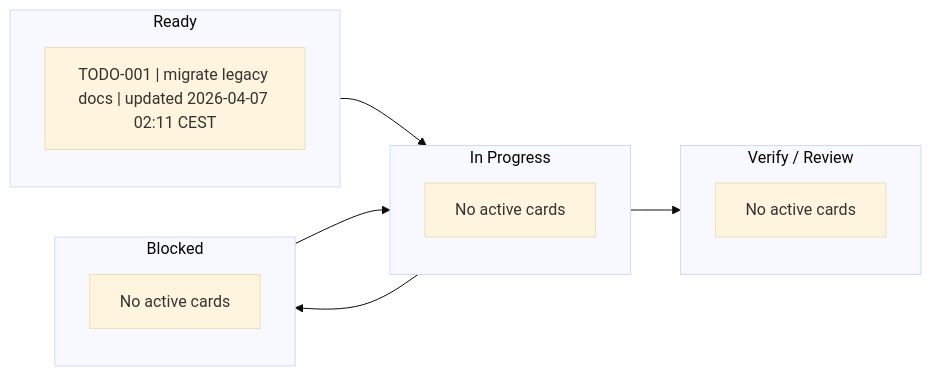
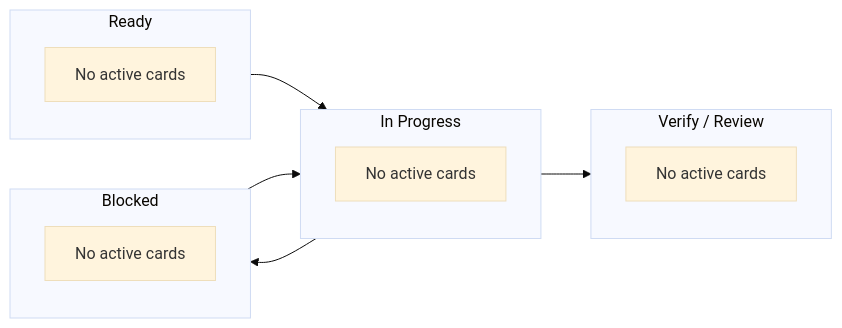
One commit to shomsy/avax changed the diagram in Foundation/Container/.agents/management/ACTIVE.md. Above: the diagram before and after it, drawn with Mermaid (base theme). The commit also changed 205 other files, not shown here.

Commit message:
Rename namings: Flows - flow, Capabilities - Capability...

````diff
--- a/Foundation/Container/.agents/management/ACTIVE.md
+++ b/Foundation/Container/.agents/management/ACTIVE.md
@@ -20,23 +20,23 @@
 ```mermaid
 flowchart LR
     subgraph Ready["Ready"]
-        R1["TODO-001 | migrate legacy docs | updated 2026-04-07 02:11 CEST"]
+        R1["No active cards"]
     end
 
     subgraph InProgress["In Progress"]
         P0["No active cards"]
     end
 
     subgraph Blocked["Blocked"]
         B0["No active cards"]
     end
 
     subgraph Verify["Verify / Review"]
         V0["No active cards"]
     end
 
     Ready --> InProgress
     InProgress --> Verify
     InProgress --> Blocked
     Blocked --> InProgress
 ```
````
